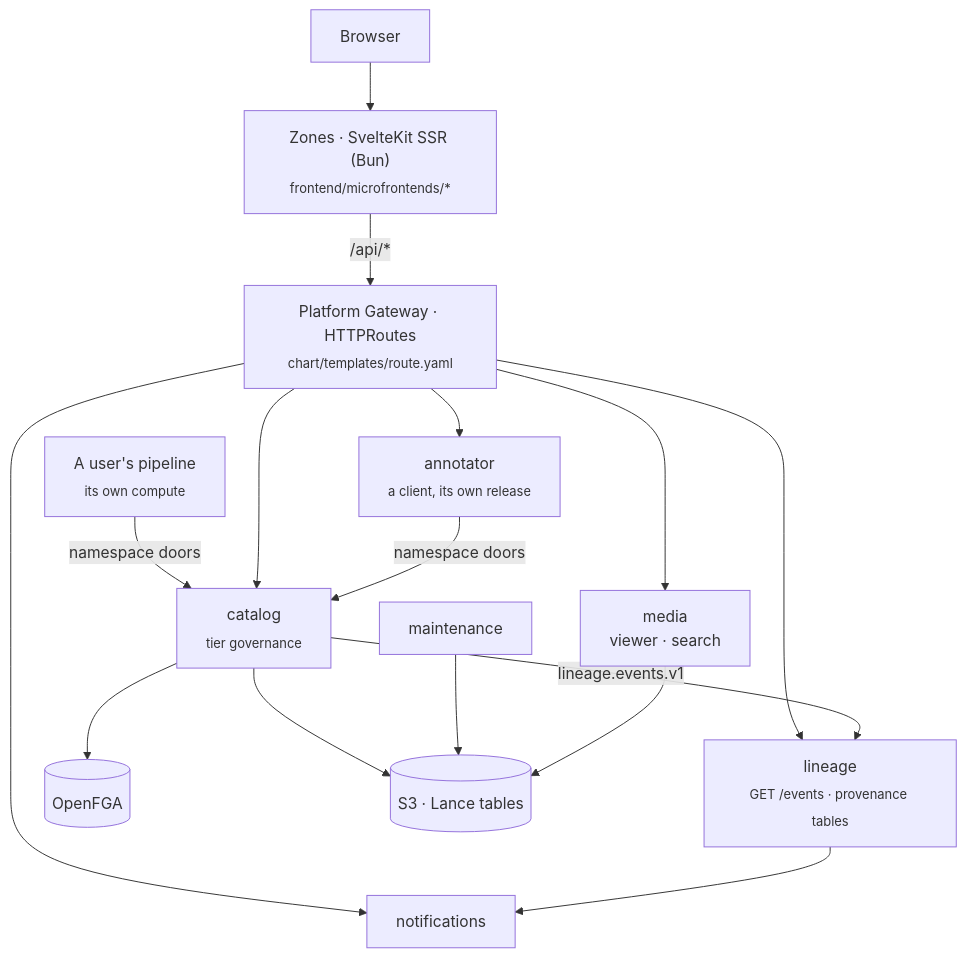
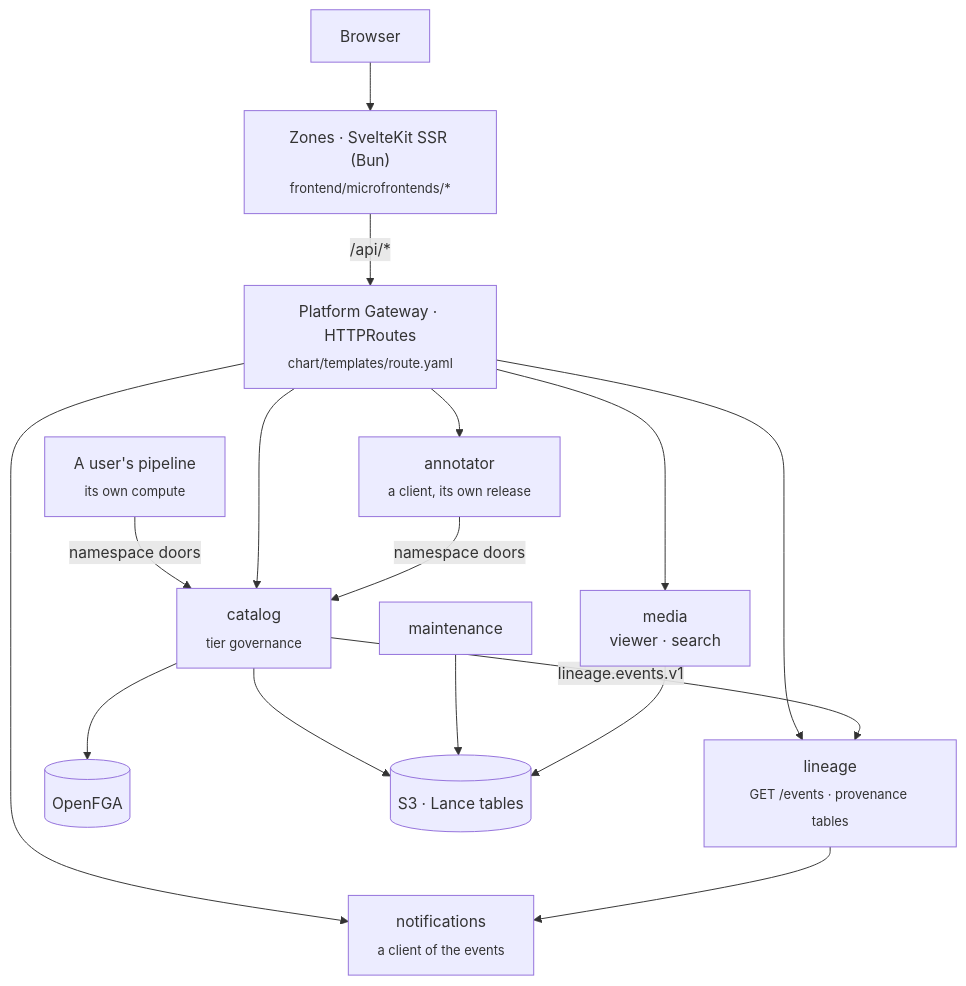
One commit to AI-Riksarkivet/rask changed the diagram in docs/architecture/index.md. Above: the diagram before and after it, drawn with Mermaid. The commit also changed other lines of this file and 255 other files, not shown here.

````diff
--- a/docs/architecture/index.md
+++ b/docs/architecture/index.md
@@ -25,18 +26,18 @@
 ```mermaid
 flowchart TB
     browser["Browser"] --> zones["Zones · SvelteKit SSR (Bun)<br/><sub>frontend/microfrontends/*</sub>"]
     zones -->|"/api/*"| gw["Platform Gateway · HTTPRoutes<br/><sub>chart/templates/route.yaml</sub>"]
     client["A user's pipeline<br/><sub>its own compute</sub>"] -->|"namespace doors"| cat
     gw --> cat["catalog<br/><sub>tier governance</sub>"]
     gw --> lin["lineage<br/><sub>GET /events · provenance tables</sub>"]
-    gw --> notif["notifications"]
+    gw --> notif["notifications<br/><sub>a client of the events</sub>"]
     gw --> media["media<br/>viewer · search"]
     gw --> annot["annotator<br/><sub>a client, its own release</sub>"]
     annot -->|"namespace doors"| cat
     cat --> fga[("OpenFGA")]
     cat --> s3[("S3 · Lance tables")]
     cat -->|"lineage.events.v1"| lin
     lin --> notif
     maint["maintenance"] --> s3
     media --> s3
 ```
````
